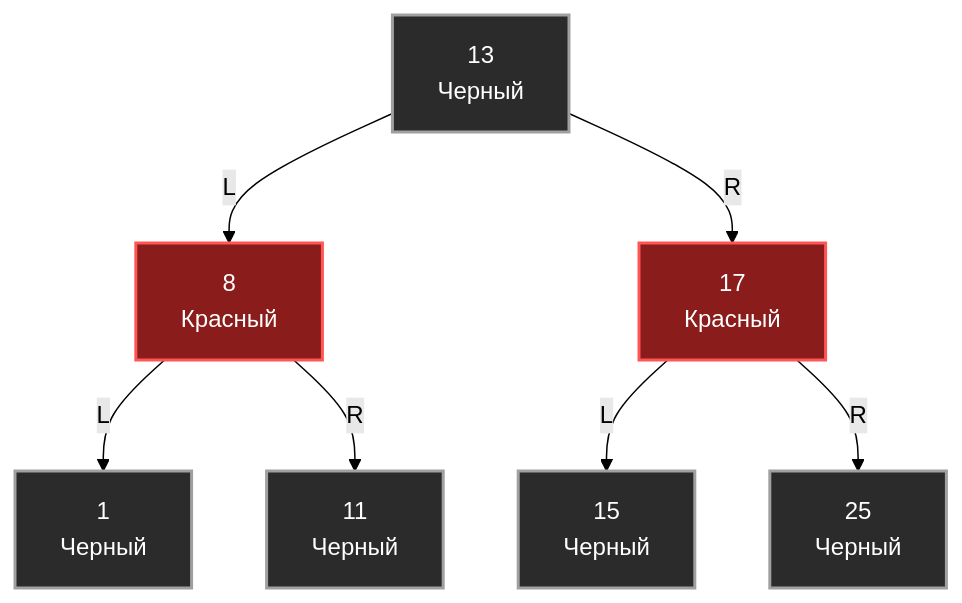
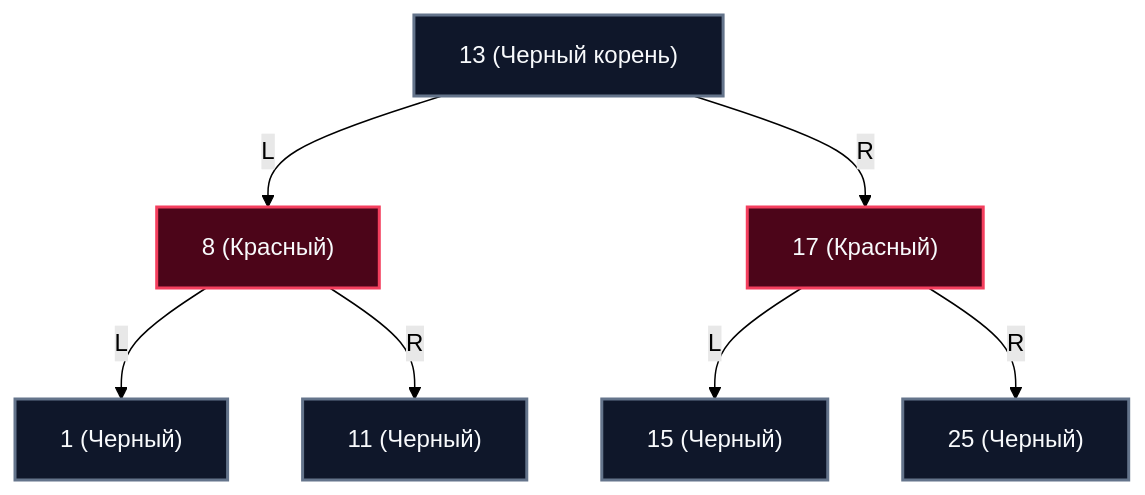
Before and after one commit to UnrealTemplier/go-textbook: the diagram in sources/20. Алгоритмы и структуры данных (DSA) на Go/05. Сбалансированные деревья/2. Красно черное дерево.md, drawn with Mermaid (forest theme). The commit also changed other lines of this file, not shown here.

Commit message:
feat(module-20): editorial rewrite of 05.2 Red-black tree in Kernighan style

````diff
--- a/sources/20. Алгоритмы и структуры данных (DSA) на Go/05. Сбалансированные деревья/2. Красно черное дерево.md
+++ b/sources/20. Алгоритмы и структуры данных (DSA) на Go/05. Сбалансированные деревья/2. Красно черное дерево.md
@@ -22,19 +24,17 @@
 ```mermaid
 flowchart TD
-    13["13<br>Черный"] -->|"L"| 8["8<br>Красный"]
-    13 -->|"R"| 17["17<br>Красный"]
-    
-    8 -->|"L"| 1["1<br>Черный"]
-    8 -->|"R"| 11["11<br>Черный"]
-    
-    17 -->|"L"| 15["15<br>Черный"]
-    17 -->|"R"| 25["25<br>Черный"]
-    
-    style 13 fill:#2b2b2b,stroke:#a0a0a0,stroke-width:2px,color:#fff
-    style 8 fill:#8a1c1c,stroke:#ff5555,stroke-width:2px,color:#fff
-    style 17 fill:#8a1c1c,stroke:#ff5555,stroke-width:2px,color:#fff
-    style 1 fill:#2b2b2b,stroke:#a0a0a0,stroke-width:2px,color:#fff
-    style 11 fill:#2b2b2b,stroke:#a0a0a0,stroke-width:2px,color:#fff
-    style 15 fill:#2b2b2b,stroke:#a0a0a0,stroke-width:2px,color:#fff
-    style 25 fill:#2b2b2b,stroke:#a0a0a0,stroke-width:2px,color:#fff
+    N13["13 (Черный корень)"] -->|"L"| N8["8 (Красный)"]
+    N13 -->|"R"| N17["17 (Красный)"]
+
+    N8 -->|"L"| N1["1 (Черный)"]
+    N8 -->|"R"| N11["11 (Черный)"]
+
+    N17 -->|"L"| N15["15 (Черный)"]
+    N17 -->|"R"| N25["25 (Черный)"]
+
+    classDef blackNode fill:#0f172a,stroke:#64748b,stroke-width:2px,color:#f8fafc;
+    classDef redNode fill:#4c0519,stroke:#f43f5e,stroke-width:2px,color:#f8fafc;
+
+    class N13,N1,N11,N15,N25 blackNode;
+    class N8,N17 redNode;
 ```
````
